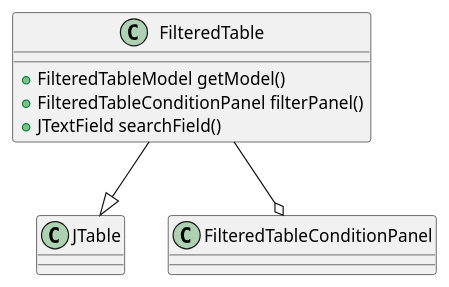
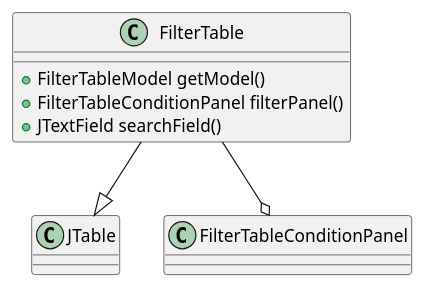
Before and after one commit to codion-is/codion: the diagram in documentation/src/docs/asciidoc/manual/common-ui-table.adoc, drawn with PlantUML. The commit also changed other lines of this file and 67 other files, not shown here.

Commit message:
FilteredTableModel renamed FilterTableModel, related renaming FilteredTable renamed FilterTable, related renaming

```diff
--- a/documentation/src/docs/asciidoc/manual/common-ui-table.adoc
+++ b/documentation/src/docs/asciidoc/manual/common-ui-table.adoc
@@ -7,16 +7,16 @@
-[plantuml, filtered-table-diagram, svg, align=center]
+[plantuml, filter-table-diagram, svg, align=center]
 -------------------------------------------
 
 class JTable {}
 
-class FilteredTable {
-    +FilteredTableModel getModel()
-    +FilteredTableConditionPanel filterPanel()
+class FilterTable {
+    +FilterTableModel getModel()
+    +FilterTableConditionPanel filterPanel()
     +JTextField searchField()
 }
 
-class FilteredTableConditionPanel {}
+class FilterTableConditionPanel {}
 
-FilteredTable --|> JTable
-FilteredTable --o FilteredTableConditionPanel
+FilterTable --|> JTable
+FilterTable --o FilterTableConditionPanel
 -------------------------------------------
```
